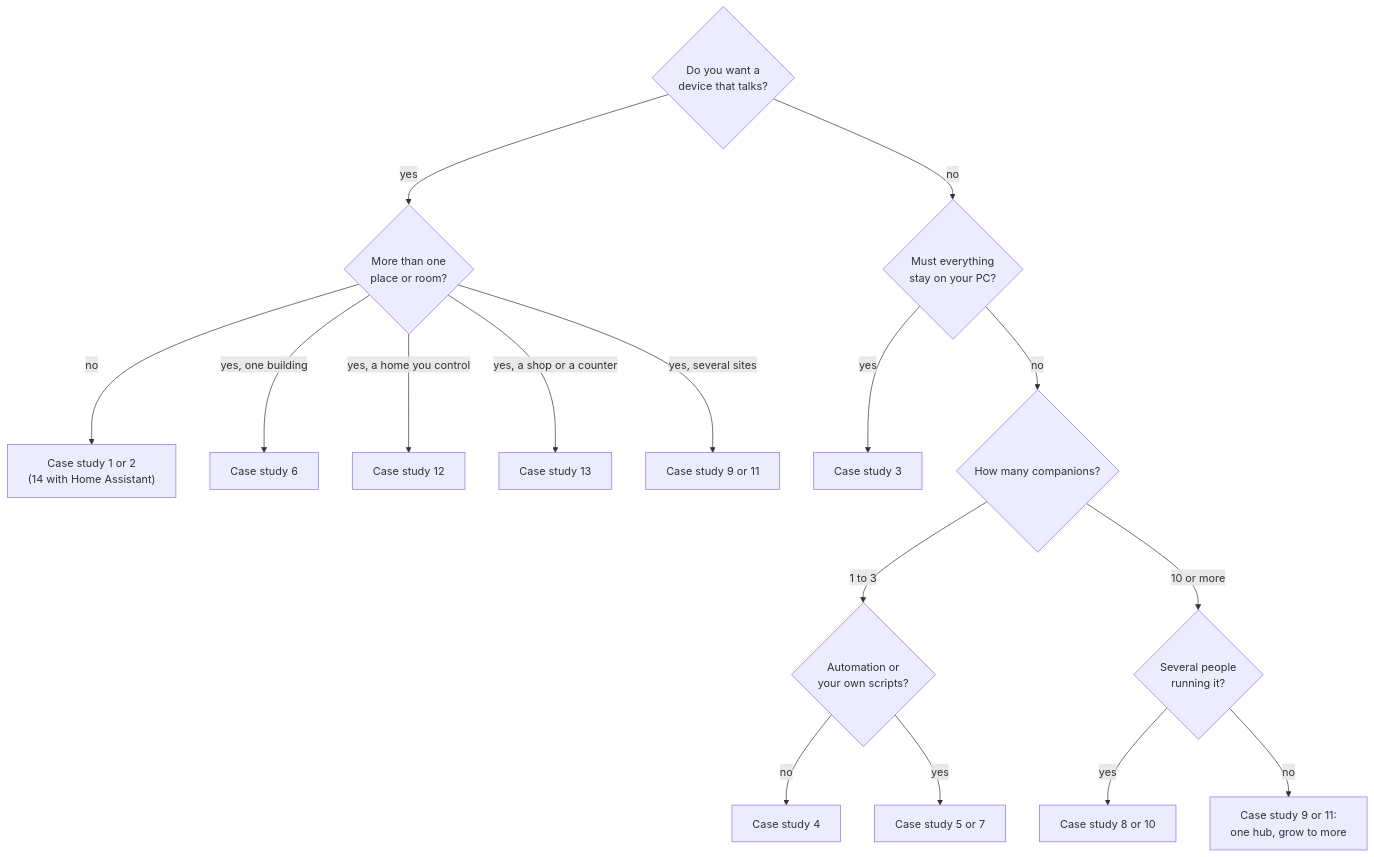
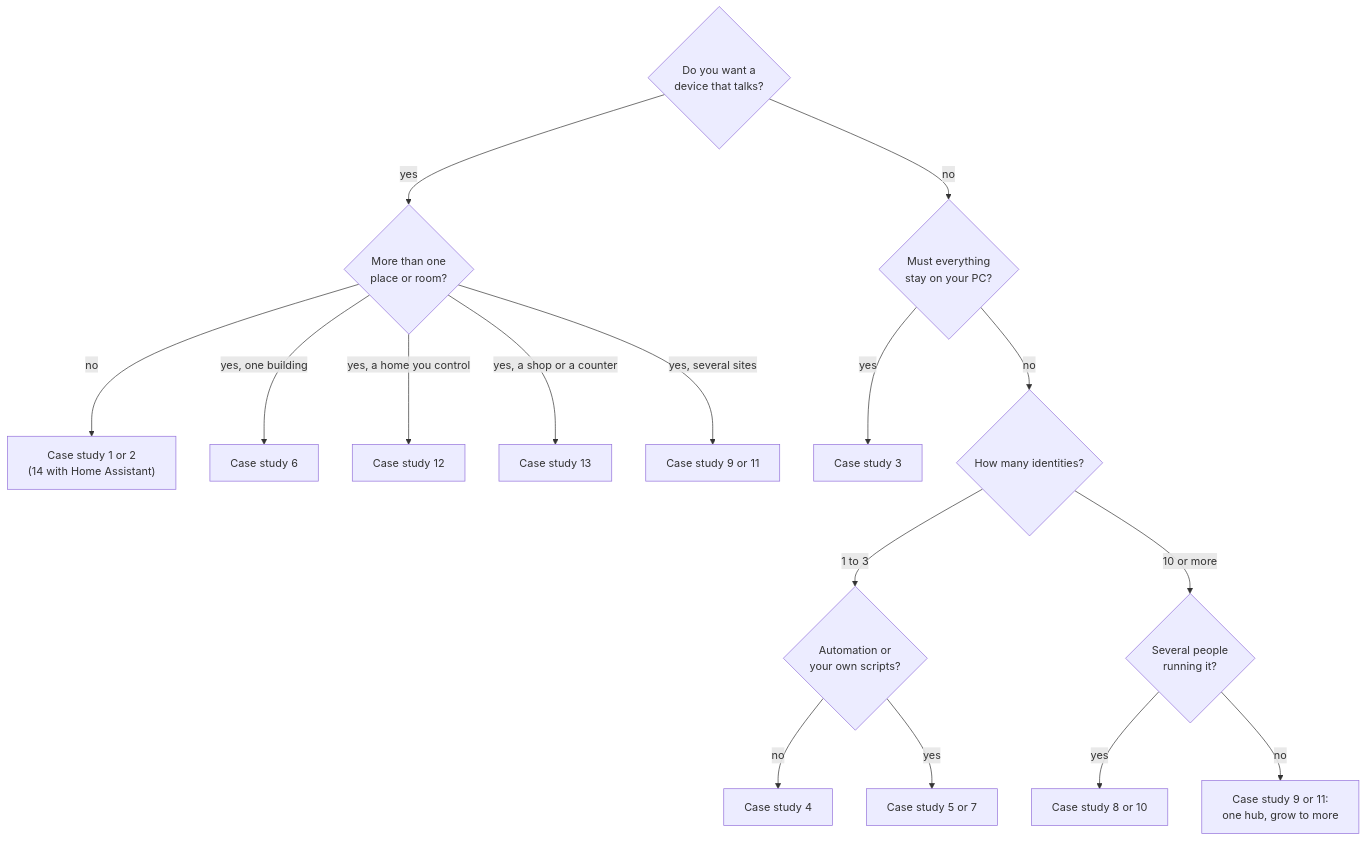
One commit to Smugandcomfy/waifu-ai-desktop changed diagram 20 of 20 in docs/USE_CASES.md. Above: the diagram before and after it, drawn with Mermaid. The commit also changed other lines of this file and 14 other files, not shown here.

````diff
--- a/docs/USE_CASES.md
+++ b/docs/USE_CASES.md
@@ -781,18 +781,18 @@
 ```mermaid
 flowchart TD
     Q1{"Do you want a<br/>device that talks?"} -- yes --> Q2{"More than one<br/>place or room?"}
     Q1 -- no --> Q3{"Must everything<br/>stay on your PC?"}
     Q2 -- "no" --> C1["Case study 1 or 2<br/>(14 with Home Assistant)"]
     Q2 -- "yes, one building" --> C6["Case study 6"]
     Q2 -- "yes, a home you control" --> C12["Case study 12"]
     Q2 -- "yes, a shop or a counter" --> C13["Case study 13"]
     Q2 -- "yes, several sites" --> C9["Case study 9 or 11"]
     Q3 -- yes --> C3["Case study 3"]
-    Q3 -- no --> Q4{"How many companions?"}
+    Q3 -- no --> Q4{"How many identities?"}
     Q4 -- "1 to 3" --> Q5{"Automation or<br/>your own scripts?"}
     Q5 -- no --> C4["Case study 4"]
     Q5 -- yes --> C57["Case study 5 or 7"]
     Q4 -- "10 or more" --> Q6{"Several people<br/>running it?"}
     Q6 -- yes --> C810["Case study 8 or 10"]
     Q6 -- no --> C9b["Case study 9 or 11:<br/>one hub, grow to more"]
 ```
````
